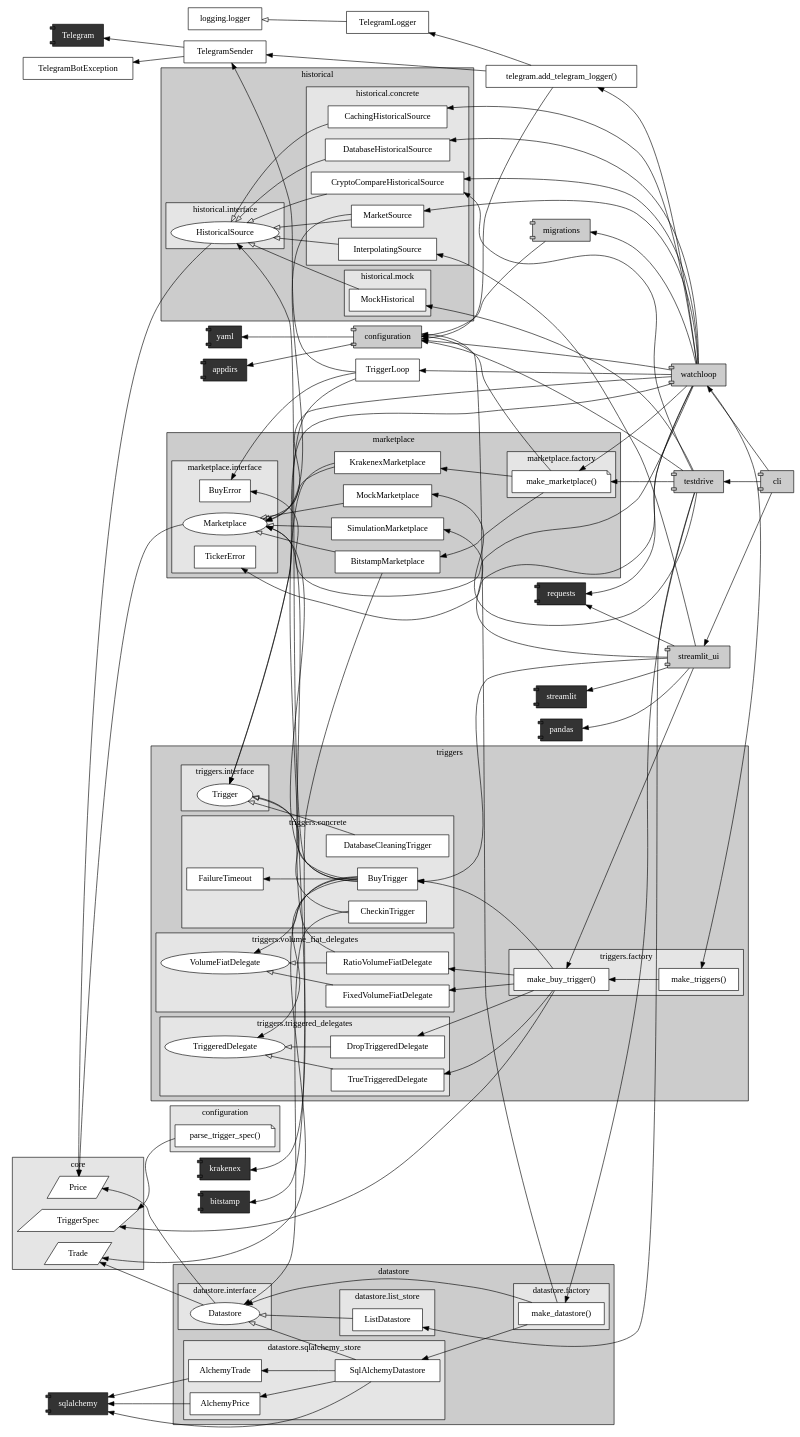
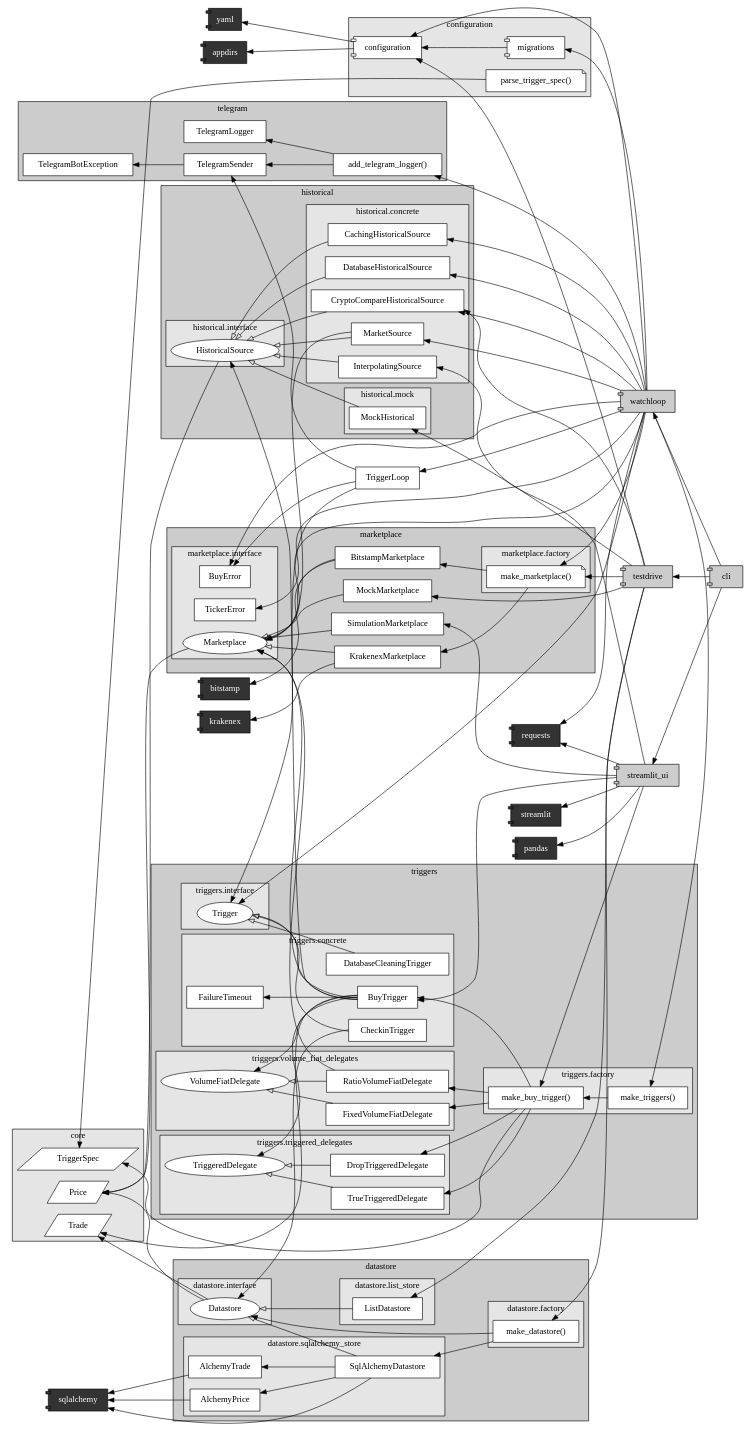
Before and after one commit to martin-ueding/vigilant-crypto-snatch: the diagram in dev/graphs/architecture.dot, drawn with Graphviz. The commit also changed 35 other files, not shown here.

```diff
--- a/dev/graphs/architecture.dot
+++ b/dev/graphs/architecture.dot
@@ -10,7 +10,6 @@
     "bitstamp"
     "krakenex"
     "sqlalchemy"
-    "Telegram"
     "requests"
     "appdirs"
     "streamlit"
@@ -65,6 +64,17 @@
         "RatioVolumeFiatDelegate"
         "FixedVolumeFiatDelegate"
     }
+}
+
+subgraph cluster_telegram {
+    label = "telegram"
+    fillcolor = gray80
+    style=filled
+    
+    "TelegramLogger"
+    "TelegramSender"
+    "TelegramBotException"
+    "add_telegram_logger()"
 }
 
 subgraph cluster_core {
@@ -171,14 +181,12 @@
 }
 
 subgraph cluster_configuration {
-label = "configuration"
-fillcolor = gray90
-style=filled
-"parse_trigger_spec()" [shape=note]
-"DropTriggeredDelegate"
-"FixedVolumeFiatDelegate"
-"VolumeFiatDelegate"
-"TriggeredDelegate"
+    label = "configuration"
+    fillcolor = gray90
+    style=filled
+    "parse_trigger_spec()" [shape=note]
+    "migrations" [shape=component]
+    "configuration" [shape=component]
 }
 
 
@@ -193,9 +201,7 @@
 {
 node [shape=component, fillcolor=gray80, style=filled]
 "streamlit_ui"
-"configuration"
 "cli"
-"migrations"
 "testdrive"
 "watchloop"
 }
@@ -248,7 +254,6 @@
 "make_buy_trigger()" -> "RatioVolumeFiatDelegate"
 "make_buy_trigger()" -> "TrueTriggeredDelegate"
 "make_marketplace()" -> "BitstampMarketplace"
-"make_marketplace()" -> "configuration"
 "make_marketplace()" -> "KrakenexMarketplace"
 "make_triggers()" -> "make_buy_trigger()"
 "Marketplace" -> "Price"
@@ -271,11 +276,8 @@
 "streamlit_ui" -> "requests"
 "streamlit_ui" -> "SimulationMarketplace"
 "streamlit_ui" -> "streamlit"
-"telegram.add_telegram_logger()" -> "configuration"
-"telegram.add_telegram_logger()" -> "TelegramLogger"
-"telegram.add_telegram_logger()" -> "TelegramSender"
-"TelegramLogger" -> "logging.logger" [arrowhead=onormal]
-"TelegramSender" -> "Telegram"
+"add_telegram_logger()" -> "TelegramLogger"
+"add_telegram_logger()" -> "TelegramSender"
 "TelegramSender" -> "TelegramBotException"
 "TriggerLoop" -> "BuyError"
 "TriggerLoop" -> "TelegramSender"
@@ -290,7 +292,7 @@
 "watchloop" -> "Marketplace"
 "watchloop" -> "MarketSource"
 "watchloop" -> "migrations"
-"watchloop" -> "telegram.add_telegram_logger()"
+"watchloop" -> "add_telegram_logger()"
 "watchloop" -> "TriggerLoop"
 "watchloop" -> "BuyError"
 "watchloop" -> "requests"
@@ -298,6 +300,5 @@
 "watchloop" -> "Trigger"
 "make_datastore()" -> "SqlAlchemyDatastore"
 "make_datastore()" -> "Datastore"
-"make_datastore()" -> "configuration"
 
 } 
```
